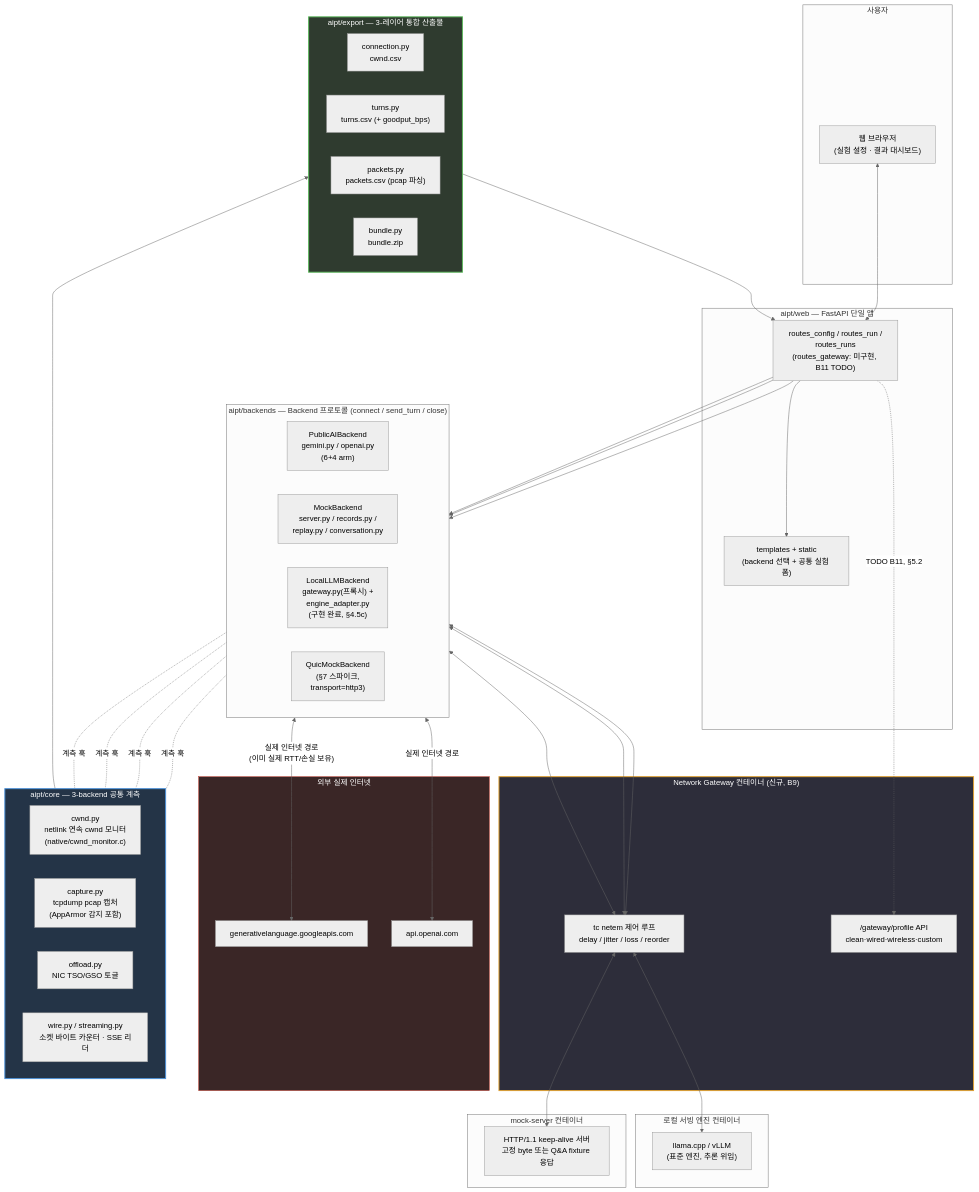
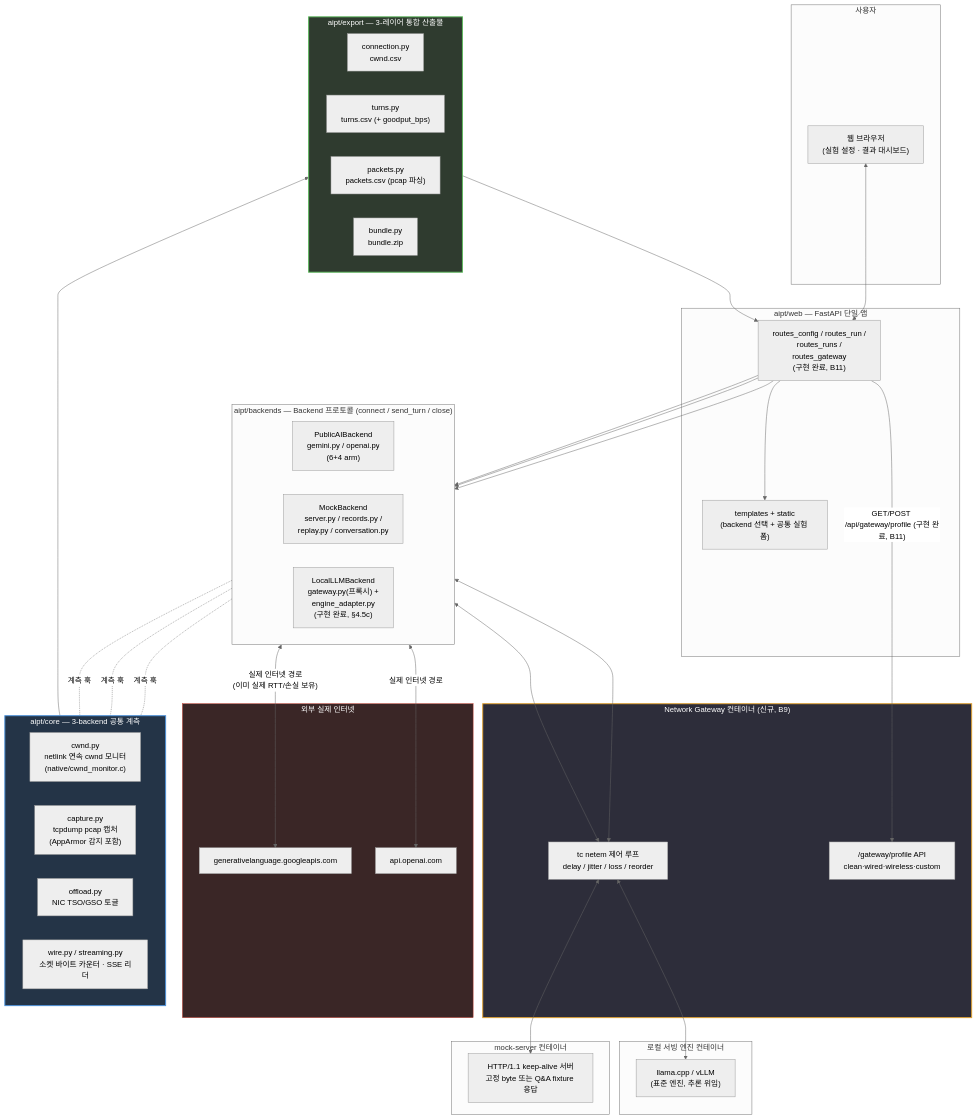
One commit to sangrokhan/remote_work changed the first of 2 diagrams in AIPT/DESIGN.md. Above: the diagram before and after it, drawn with Mermaid (neutral theme). The commit also changed other lines of this file and 39 other files, not shown here.

````diff
--- a/AIPT/DESIGN.md
+++ b/AIPT/DESIGN.md
@@ -375,82 +380,79 @@
 ```mermaid
 flowchart TB
     subgraph USER["사용자"]
         Browser["웹 브라우저<br/>(실험 설정 · 결과 대시보드)"]
     end
 
     subgraph WEBAPP["aipt/web — FastAPI 단일 앱"]
-        Routes["routes_config / routes_run /<br/>routes_runs<br/>(routes_gateway: 미구현, B11 TODO)"]
+        Routes["routes_config / routes_run /<br/>routes_runs /<br/>routes_gateway<br/>(구현 완료, B11)"]
         Templates["templates + static<br/>(backend 선택 + 공통 실험 폼)"]
     end
 
     subgraph BACKENDS["aipt/backends — Backend 프로토콜 (connect / send_turn / close)"]
         direction LR
         PublicAI["PublicAIBackend<br/>gemini.py / openai.py<br/>(6+4 arm)"]
         Mock["MockBackend<br/>server.py / records.py /<br/>replay.py / conversation.py"]
         LocalLLM["LocalLLMBackend<br/>gateway.py(프록시) +<br/>engine_adapter.py<br/>(구현 완료, §4.5c)"]
-        QuicMock["QuicMockBackend<br/>(§7 스파이크,<br/>transport=http3)"]
     end
 
     subgraph GATEWAY["Network Gateway 컨테이너 (신규, B9)"]
         Netem["tc netem 제어 루프<br/>delay / jitter / loss / reorder"]
         ProfileAPI["/gateway/profile API<br/>clean·wired·wireless·custom"]
     end
 
     subgraph EXT["외부 실제 인터넷"]
         Gemini["generativelanguage.googleapis.com"]
         OpenAI["api.openai.com"]
     end
 
     subgraph MOCKSRV["mock-server 컨테이너"]
         MockServer["HTTP/1.1 keep-alive 서버<br/>고정 byte 또는 Q&A fixture 응답"]
     end
 
     subgraph LLMSRV["로컬 서빙 엔진 컨테이너"]
         Engine["llama.cpp / vLLM<br/>(표준 엔진, 추론 위임)"]
     end
 
     subgraph CORE["aipt/core — 3-backend 공통 계측"]
         direction LR
         Cwnd["cwnd.py<br/>netlink 연속 cwnd 모니터<br/>(native/cwnd_monitor.c)"]
         Capture["capture.py<br/>tcpdump pcap 캡처<br/>(AppArmor 감지 포함)"]
         Offload["offload.py<br/>NIC TSO/GSO 토글"]
         Wire["wire.py / streaming.py<br/>소켓 바이트 카운터 · SSE 리더"]
     end
 
     subgraph EXPORT["aipt/export — 3-레이어 통합 산출물"]
         direction LR
         Connection["connection.py<br/>cwnd.csv"]
         Turns["turns.py<br/>turns.csv (+ goodput_bps)"]
         Packets["packets.py<br/>packets.csv (pcap 파싱)"]
         Bundle["bundle.py<br/>bundle.zip"]
     end
 
     Browser <--> Routes
     Routes --> Templates
     Routes --> PublicAI
     Routes --> Mock
     Routes --> LocalLLM
-    Routes -.->|"TODO B11, §5.2"| ProfileAPI
+    Routes -->|"GET/POST /api/gateway/profile (구현 완료, B11)"| ProfileAPI
 
     PublicAI <-->|"실제 인터넷 경로<br/>(이미 실제 RTT/손실 보유)"| Gemini
     PublicAI <-->|"실제 인터넷 경로"| OpenAI
 
     Mock <--> Netem
     LocalLLM <--> Netem
-    QuicMock <--> Netem
     Netem <--> MockServer
     Netem <--> Engine
 
     PublicAI -. 계측 훅 .- CORE
     Mock -. 계측 훅 .- CORE
     LocalLLM -. 계측 훅 .- CORE
-    QuicMock -. 계측 훅 .- CORE
 
     CORE --> EXPORT
     EXPORT --> Routes
 
     style GATEWAY fill:#2d2d3a,stroke:#e0a030,stroke-width:2px,color:#fff
     style CORE fill:#243447,stroke:#4a90d9,stroke-width:2px,color:#fff
     style EXPORT fill:#2f3b2f,stroke:#5cb85c,stroke-width:2px,color:#fff
     style EXT fill:#3a2626,stroke:#c0392b,stroke-width:1px,color:#fff
 ```
````
